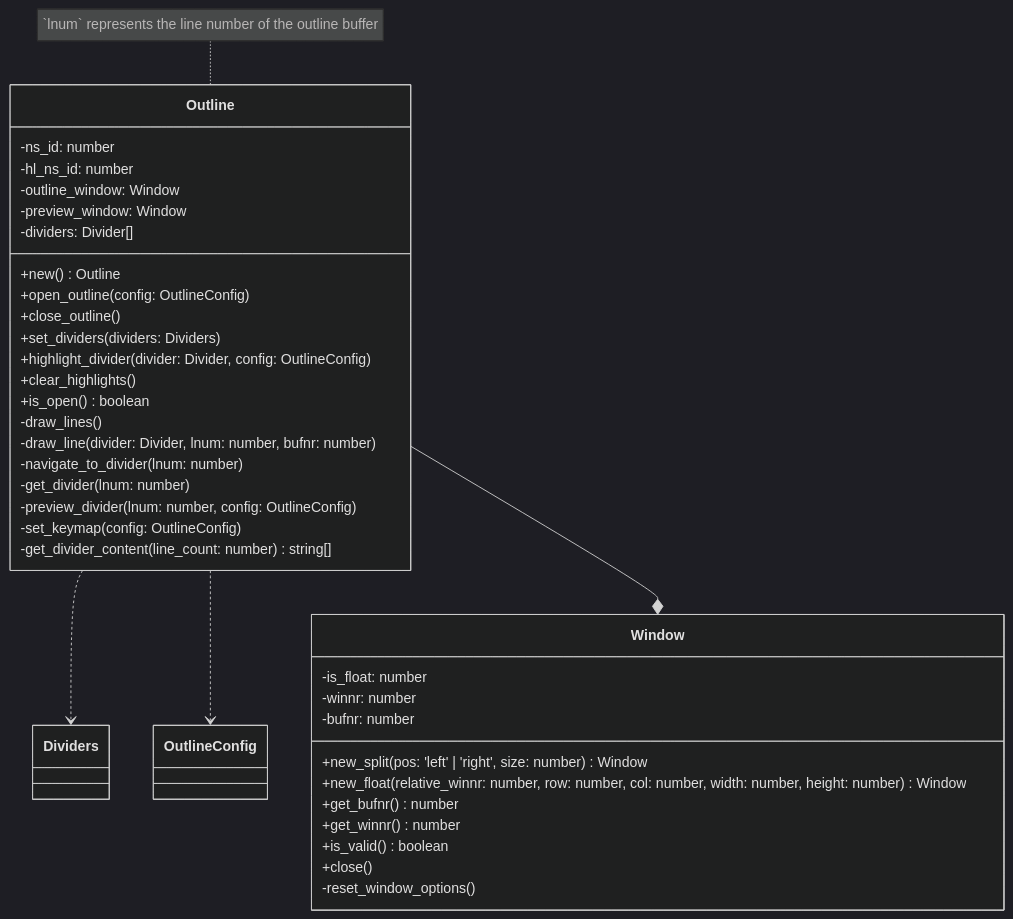
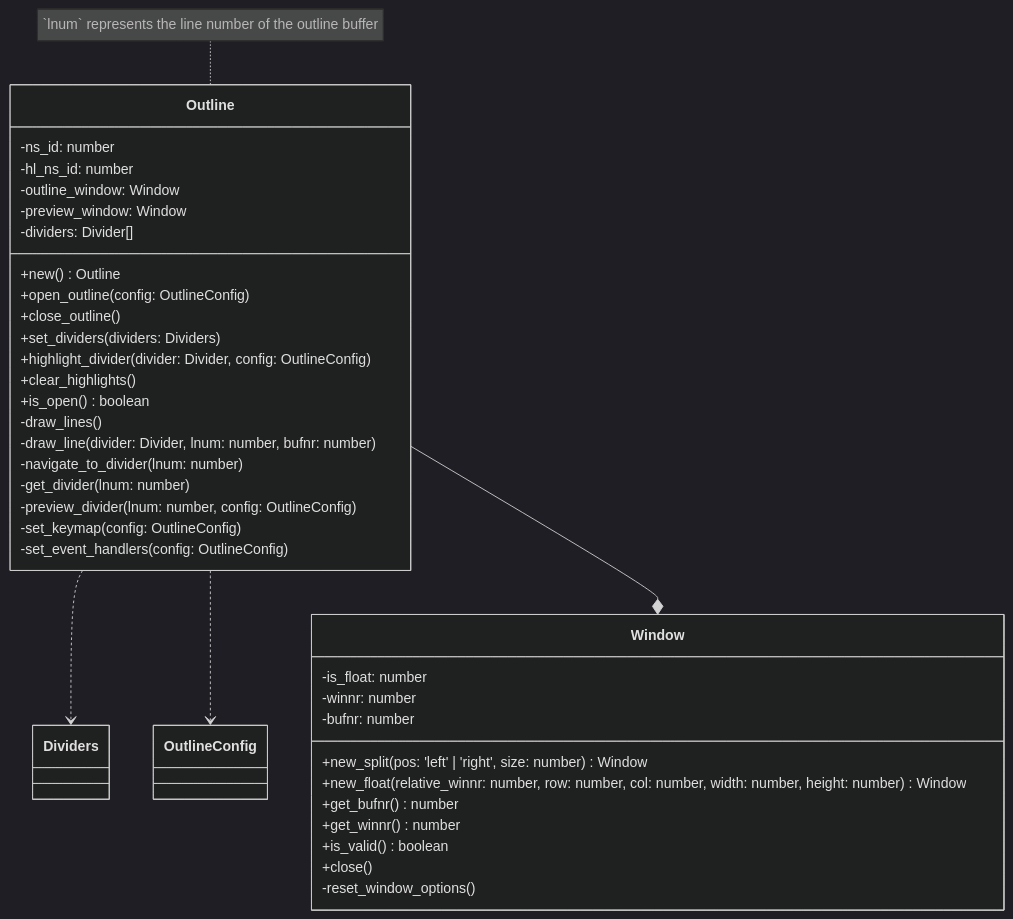
One commit to niuiic/divider.nvim changed the fourth of 8 diagrams in DESIGN.md. Above: the diagram before and after it, drawn with Mermaid (dark theme). The commit also changed 2 other files, not shown here.

````diff
--- a/DESIGN.md
+++ b/DESIGN.md
@@ -126,43 +126,43 @@
 ```mermaid
 classDiagram
     note for Outline "`lnum` represents the line number of the outline buffer"
     Outline ..> Dividers
     Outline ..> OutlineConfig
     Outline --* Window
     class Outline {
         -ns_id: number
         -hl_ns_id: number
         -outline_window: Window
         -preview_window: Window
         -dividers: Divider[]
 
         +new() Outline
         +open_outline(config: OutlineConfig)
         +close_outline()
         +set_dividers(dividers: Dividers)
         +highlight_divider(divider: Divider, config: OutlineConfig)
         +clear_highlights()
         +is_open() boolean
         -draw_lines()
         -draw_line(divider: Divider, lnum: number, bufnr: number)
         -navigate_to_divider(lnum: number)
         -get_divider(lnum: number)
         -preview_divider(lnum: number, config: OutlineConfig)
         -set_keymap(config: OutlineConfig)
-        -get_divider_content(line_count: number) string[]
+        -set_event_handlers(config: OutlineConfig)
     }
 
     class Window {
         -is_float: number
         -winnr: number
         -bufnr: number
 
         +new_split(pos: 'left' | 'right', size: number) Window
         +new_float(relative_winnr: number, row: number, col: number, width: number, height: number) Window
         +get_bufnr() number
         +get_winnr() number
         +is_valid() boolean
         +close()
         -reset_window_options()
     }
 ```
````
